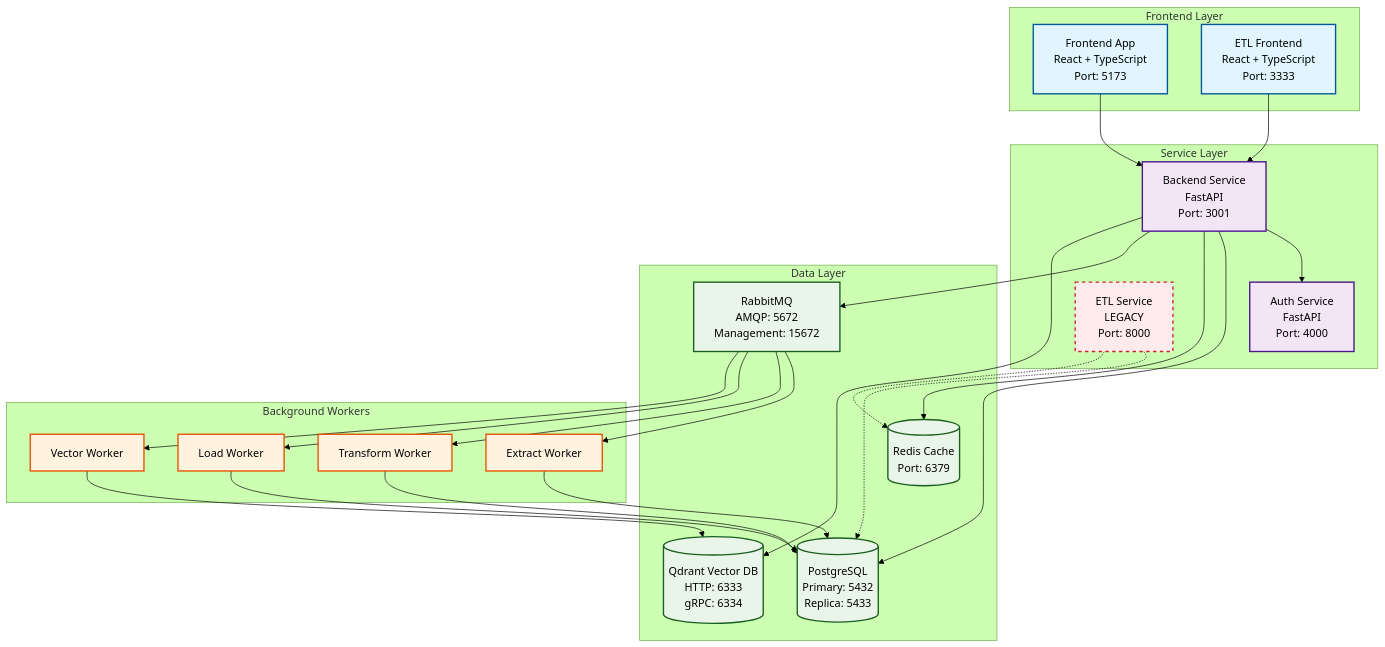
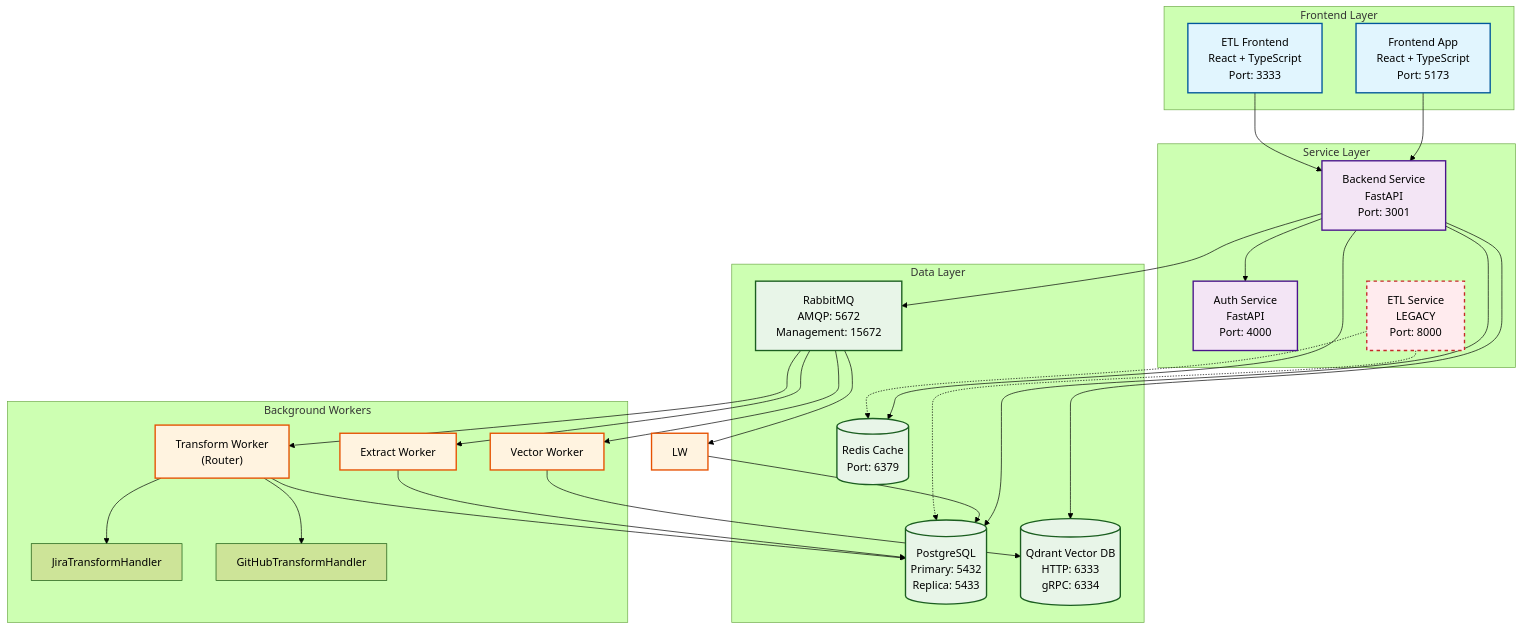
The first of 7 diagrams in docs/ARCHITECTURE_DIAGRAMS.md (gustavoquinelato-wexinc/health-pulse), drawn with Mermaid (forest theme) before and after one commit. The commit also changed other lines of this file and 30 other files, not shown here.

````diff
--- a/docs/ARCHITECTURE_DIAGRAMS.md
+++ b/docs/ARCHITECTURE_DIAGRAMS.md
@@ -7,67 +7,70 @@
 ```mermaid
 graph TB
     %% Frontend Layer
     subgraph "Frontend Layer"
         FA[Frontend App<br/>React + TypeScript<br/>Port: 5173]
         ETL[ETL Frontend<br/>React + TypeScript<br/>Port: 3333]
     end
     
     %% Service Layer
     subgraph "Service Layer"
         BS[Backend Service<br/>FastAPI<br/>Port: 3001]
         AS[Auth Service<br/>FastAPI<br/>Port: 4000]
         ETLS[ETL Service<br/>LEGACY<br/>Port: 8000]
     end
     
     %% Data Layer
     subgraph "Data Layer"
         PG[(PostgreSQL<br/>Primary: 5432<br/>Replica: 5433)]
         RD[(Redis Cache<br/>Port: 6379)]
         RMQ[RabbitMQ<br/>AMQP: 5672<br/>Management: 15672]
         QD[(Qdrant Vector DB<br/>HTTP: 6333<br/>gRPC: 6334)]
     end
     
     %% Queue Workers
     subgraph "Background Workers"
         EW[Extract Worker]
-        TW[Transform Worker]
-        LW[Load Worker]
+        TW["Transform Worker<br/>(Router)"]
+        JH["JiraTransformHandler"]
+        GH["GitHubTransformHandler"]
         VW[Vector Worker]
+        TW --> JH
+        TW --> GH
     end
     
     %% Connections
     FA --> BS
     ETL --> BS
     BS --> AS
     BS --> PG
     BS --> RD
     BS --> RMQ
     BS --> QD
     
     RMQ --> EW
     RMQ --> TW
     RMQ --> LW
     RMQ --> VW
     
     EW --> PG
     TW --> PG
     LW --> PG
     VW --> QD
     
     %% Legacy connections (dashed)
     ETLS -.-> PG
     ETLS -.-> RD
     
     %% Styling
     classDef frontend fill:#e1f5fe,stroke:#01579b,stroke-width:2px
     classDef service fill:#f3e5f5,stroke:#4a148c,stroke-width:2px
     classDef data fill:#e8f5e8,stroke:#1b5e20,stroke-width:2px
     classDef worker fill:#fff3e0,stroke:#e65100,stroke-width:2px
     classDef legacy fill:#ffebee,stroke:#c62828,stroke-width:2px,stroke-dasharray: 5 5
     
     class FA,ETL frontend
     class BS,AS service
     class PG,RD,RMQ,QD data
     class EW,TW,LW,VW worker
     class ETLS legacy
 ```
````
